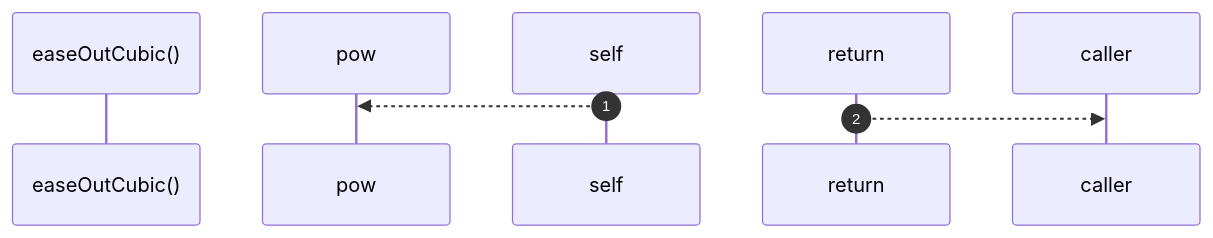
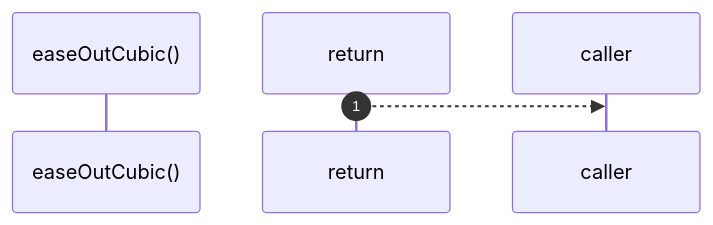
The diagram in docs/self-model/robby__site/src/viewer/easeoutcubic.md (RyanGuild/self-describing-code), drawn with Mermaid before and after one commit. The commit also changed other lines of this file and 747 other files, not shown here.

````diff
--- a/docs/self-model/robby__site/src/viewer/easeoutcubic.md
+++ b/docs/self-model/robby__site/src/viewer/easeoutcubic.md
@@ -17,8 +17,6 @@
 ```mermaid
 sequenceDiagram
     autonumber
     participant easeOutCubic as easeOutCubic()
-    participant pow as pow
-    self-->>pow: 
     return-->>caller: 
 ```
````
